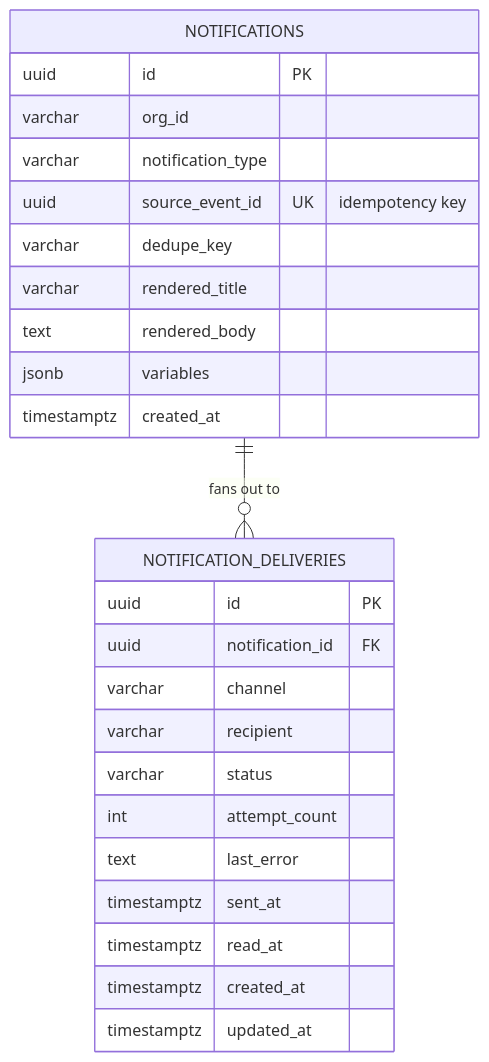
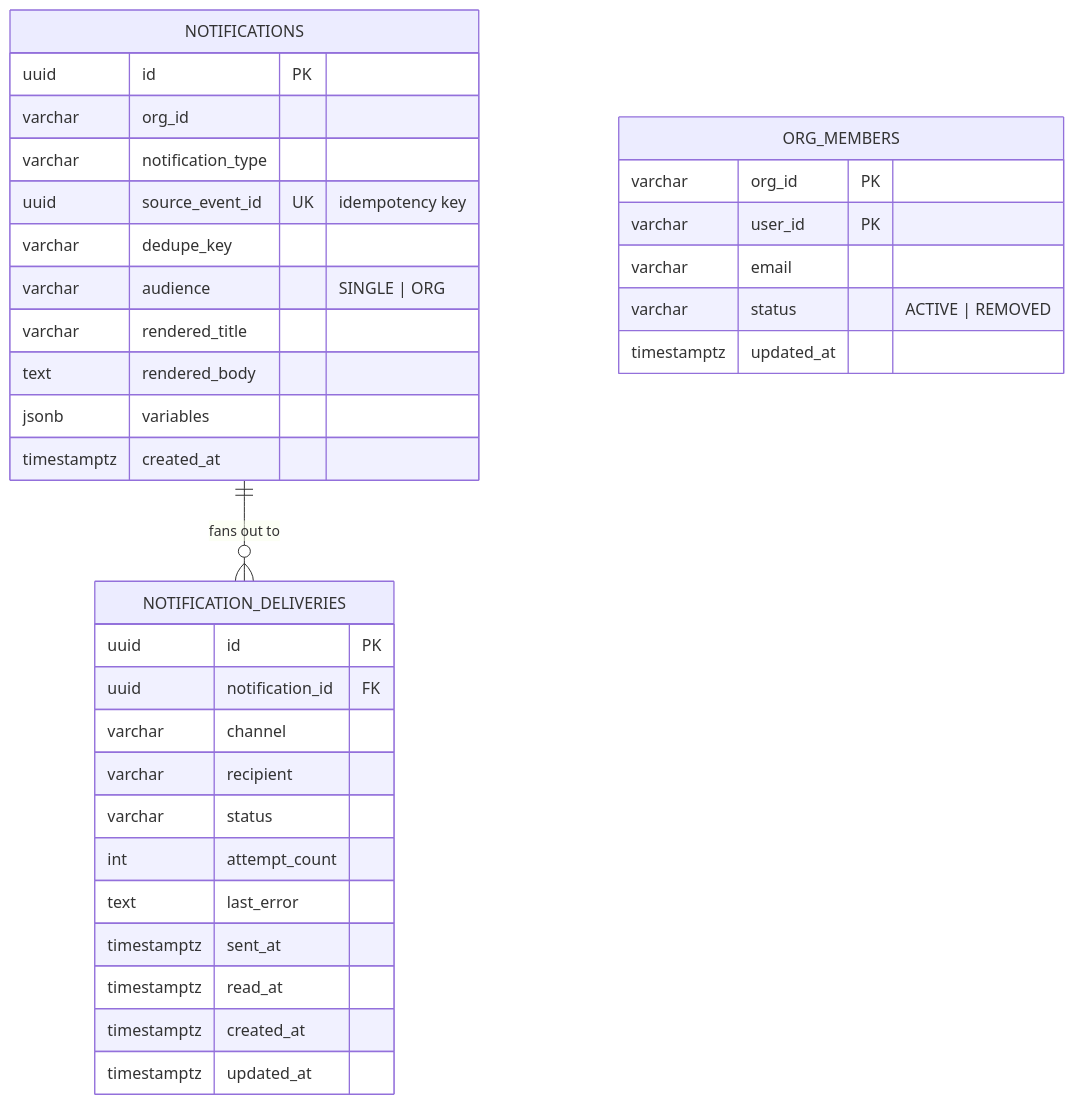
Before and after one commit to Wamitinewton/Pallet.io: the third of 11 diagrams in docs/notification-service/ARCHITECTURE.md, drawn with Mermaid. The commit also changed other lines of this file, not shown here.

Commit message:
feat: add audience field and org-wide broadcast support to notifications

````diff
--- a/docs/notification-service/ARCHITECTURE.md
+++ b/docs/notification-service/ARCHITECTURE.md
@@ -190,28 +216,36 @@
 ```mermaid
 erDiagram
     NOTIFICATIONS ||--o{ NOTIFICATION_DELIVERIES : "fans out to"
     NOTIFICATIONS {
         uuid id PK
         varchar org_id
         varchar notification_type
         uuid source_event_id UK "idempotency key"
         varchar dedupe_key
+        varchar audience "SINGLE | ORG"
         varchar rendered_title
         text rendered_body
         jsonb variables
         timestamptz created_at
     }
     NOTIFICATION_DELIVERIES {
         uuid id PK
         uuid notification_id FK
         varchar channel
         varchar recipient
         varchar status
         int attempt_count
         text last_error
         timestamptz sent_at
         timestamptz read_at
         timestamptz created_at
         timestamptz updated_at
     }
+    ORG_MEMBERS {
+        varchar org_id PK
+        varchar user_id PK
+        varchar email
+        varchar status "ACTIVE | REMOVED"
+        timestamptz updated_at
+    }
 ```
````
